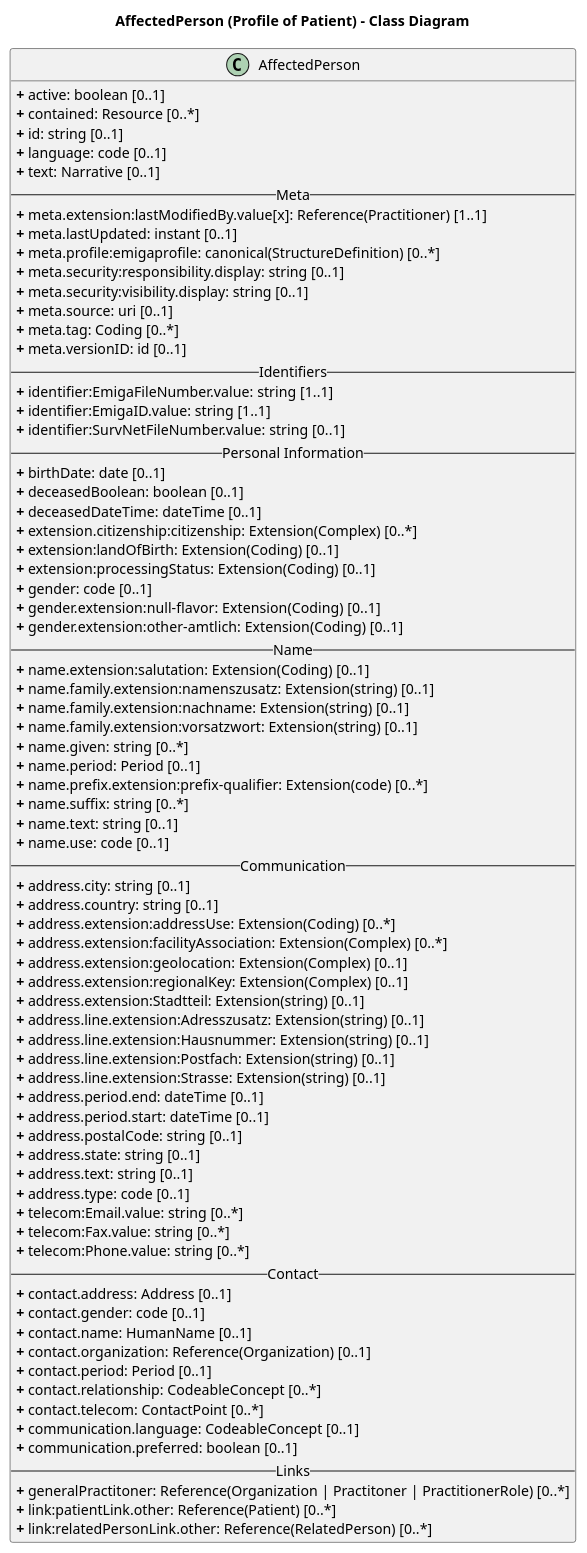
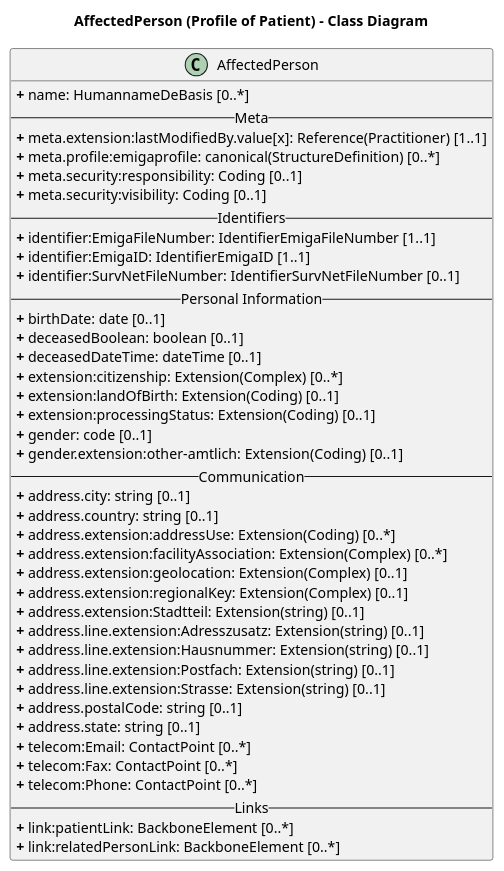
Before and after one commit to robert-koch-institut/rki.emiga.common: the diagram in rki.emiga.common/PlantUML/AffectedPerson.puml, drawn with PlantUML. The commit also changed 2 other files, not shown here.

```diff
--- a/rki.emiga.common/PlantUML/AffectedPerson.puml
+++ b/rki.emiga.common/PlantUML/AffectedPerson.puml
@@ -1,114 +1,50 @@
 @startuml
+skinparam linetype ortho
+
 title AffectedPerson (Profile of Patient) - Class Diagram
 
 ' Main Class
 class AffectedPerson{
-' TODO andere IDs ignorieren wir?
-<b>+</b> active: boolean [0..1]
-<b>+</b> contained: Resource [0..*] 
-<b>+</b> id: string [0..1]
-<b>+</b> language: code [0..1] 
-<b>+</b> text: Narrative [0..1]
+<b>+</b> name: HumannameDeBasis [0..*]
 -- Meta --
 <b>+</b> meta.extension:lastModifiedBy.value[x]: Reference(Practitioner) [1..1]
-<b>+</b> meta.lastUpdated: instant [0..1] 
 <b>+</b> meta.profile:emigaprofile: canonical(StructureDefinition) [0..*]
-<b>+</b> meta.security:responsibility.display: string [0..1]
-<b>+</b> meta.security:visibility.display: string [0..1]
-<b>+</b> meta.source: uri [0..1] 
-<b>+</b> meta.tag: Coding [0..*] 
-<b>+</b> meta.versionID: id [0..1] 
+<b>+</b> meta.security:responsibility: Coding [0..1]
+<b>+</b> meta.security:visibility: Coding [0..1]
 -- Identifiers --
-<b>+</b> identifier:EmigaFileNumber.value: string [1..1] 
-<b>+</b> identifier:EmigaID.value: string [1..1] 
-<b>+</b> identifier:SurvNetFileNumber.value: string [0..1] 
+<b>+</b> identifier:EmigaFileNumber: IdentifierEmigaFileNumber [1..1]
+<b>+</b> identifier:EmigaID: IdentifierEmigaID [1..1]
+<b>+</b> identifier:SurvNetFileNumber: IdentifierSurvNetFileNumber [0..1]
 -- Personal Information --
 <b>+</b> birthDate: date [0..1]
 <b>+</b> deceasedBoolean: boolean [0..1]
 <b>+</b> deceasedDateTime: dateTime [0..1]
-' TODO reicht das für die Extension? Nicht noch die tieferen Ebenen darstellen? Was ist mit der modifierExtension?
-<b>+</b> extension.citizenship:citizenship: Extension(Complex) [0..*]
+<b>+</b> extension:citizenship: Extension(Complex) [0..*]
 <b>+</b> extension:landOfBirth: Extension(Coding) [0..1]
 <b>+</b> extension:processingStatus: Extension(Coding) [0..1]
-' TODO sollte das nicht analog zu anderen Extensions dargestellt werden?  wieso ist gender: code da? sollte nicht nur gender.value da sein?
 <b>+</b> gender: code [0..1]
-<b>+</b> gender.extension:null-flavor: Extension(Coding) [0..1]
 <b>+</b> gender.extension:other-amtlich: Extension(Coding) [0..1]
--- Name --
-'TODO sollen die oberen Ebenen der verschachtelten Werte auch angezeigt werden?
-<b>+</b> name.extension:salutation: Extension(Coding) [0..1]
-<b>+</b> name.family.extension:namenszusatz: Extension(string) [0..1]
-<b>+</b> name.family.extension:nachname: Extension(string) [0..1]
-<b>+</b> name.family.extension:vorsatzwort: Extension(string) [0..1]
-<b>+</b> name.given: string [0..*]
-<b>+</b> name.period: Period [0..1]
-' TODO hier die Extension oder das Value anzeigen?
-<b>+</b> name.prefix.extension:prefix-qualifier: Extension(code) [0..*]
-<b>+</b> name.suffix: string [0..*]
-<b>+</b> name.text: string [0..1]
-<b>+</b> name.use: code [0..1]
 -- Communication --
 <b>+</b> address.city: string [0..1]
 <b>+</b> address.country: string [0..1]
 <b>+</b> address.extension:addressUse: Extension(Coding) [0..*]
 <b>+</b> address.extension:facilityAssociation: Extension(Complex) [0..*]
 <b>+</b> address.extension:geolocation: Extension(Complex) [0..1]
 <b>+</b> address.extension:regionalKey: Extension(Complex) [0..1]
 <b>+</b> address.extension:Stadtteil: Extension(string) [0..1]
 <b>+</b> address.line.extension:Adresszusatz: Extension(string) [0..1]
 <b>+</b> address.line.extension:Hausnummer: Extension(string) [0..1]
 <b>+</b> address.line.extension:Postfach: Extension(string) [0..1]
 <b>+</b> address.line.extension:Strasse: Extension(string) [0..1]
-<b>+</b> address.period.end: dateTime [0..1]
-<b>+</b> address.period.start: dateTime [0..1]
 <b>+</b> address.postalCode: string [0..1]
 <b>+</b> address.state: string [0..1]
-<b>+</b> address.text: string [0..1]
-<b>+</b> address.type: code [0..1]
-<b>+</b> telecom:Email.value: string [0..*]
-<b>+</b> telecom:Fax.value: string [0..*]
-<b>+</b> telecom:Phone.value: string [0..*]
--- Contact --
-' TODO was ist mit extension und modifierExtension?
-<b>+</b> contact.address: Address [0..1]
-<b>+</b> contact.gender: code [0..1]
-<b>+</b> contact.name: HumanName [0..1]
-<b>+</b> contact.organization: Reference(Organization) [0..1]
-<b>+</b> contact.period: Period [0..1]
-<b>+</b> contact.relationship: CodeableConcept [0..*]
-<b>+</b> contact.telecom: ContactPoint [0..*]
-<b>+</b> communication.language: CodeableConcept [0..1]
-<b>+</b> communication.preferred: boolean [0..1]
+<b>+</b> telecom:Email: ContactPoint [0..*]
+<b>+</b> telecom:Fax: ContactPoint [0..*]
+<b>+</b> telecom:Phone: ContactPoint [0..*]
 -- Links --
-' TODO was ist mit dem (All Slices) Ordner?
-<b>+</b> generalPractitoner: Reference(Organization | Practitoner | PractitionerRole) [0..*]
-<b>+</b> link:patientLink.other: Reference(Patient) [0..*]
-<b>+</b> link:relatedPersonLink.other: Reference(RelatedPerson) [0..*]
+<b>+</b> link:patientLink: BackboneElement [0..*]
+<b>+</b> link:relatedPersonLink: BackboneElement [0..*]
 }
 
 
-' TODO move this to an overview for affected person?
-/' Supporting Classes
-class AffectedPersonRelatedPerson{
-}
-
-class EmigaUserPractitioner{
-}
-
-class EmigaOrganization{  
-}
-
-class Resource{
-}
-
-' Relationships (visual only)
-AffectedPerson--> EmigaUserPractitioner: lastModifiedBy
-AffectedPerson--> EmigaUserPractitioner: generalPractitoner
-AffectedPerson--> Resource: generalPractitoner
-AffectedPerson--> EmigaOrganization: organization
-AffectedPerson--> EmigaOrganization: generalPractitoner
-AffectedPerson--> AffectedPersonRelatedPerson: relatedPerson
-AffectedPersonRelatedPerson .[#grey].> AffectedPerson: relationship
-'/
-
 @enduml
```
